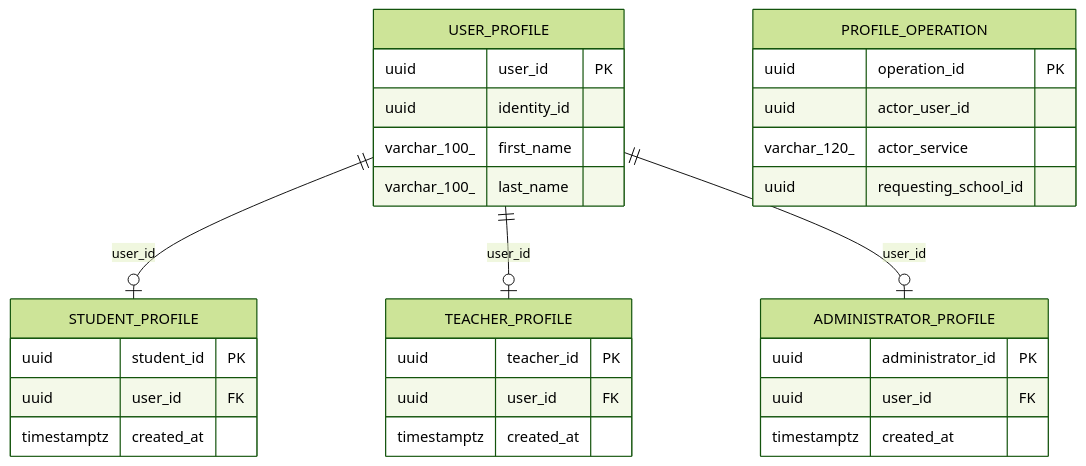
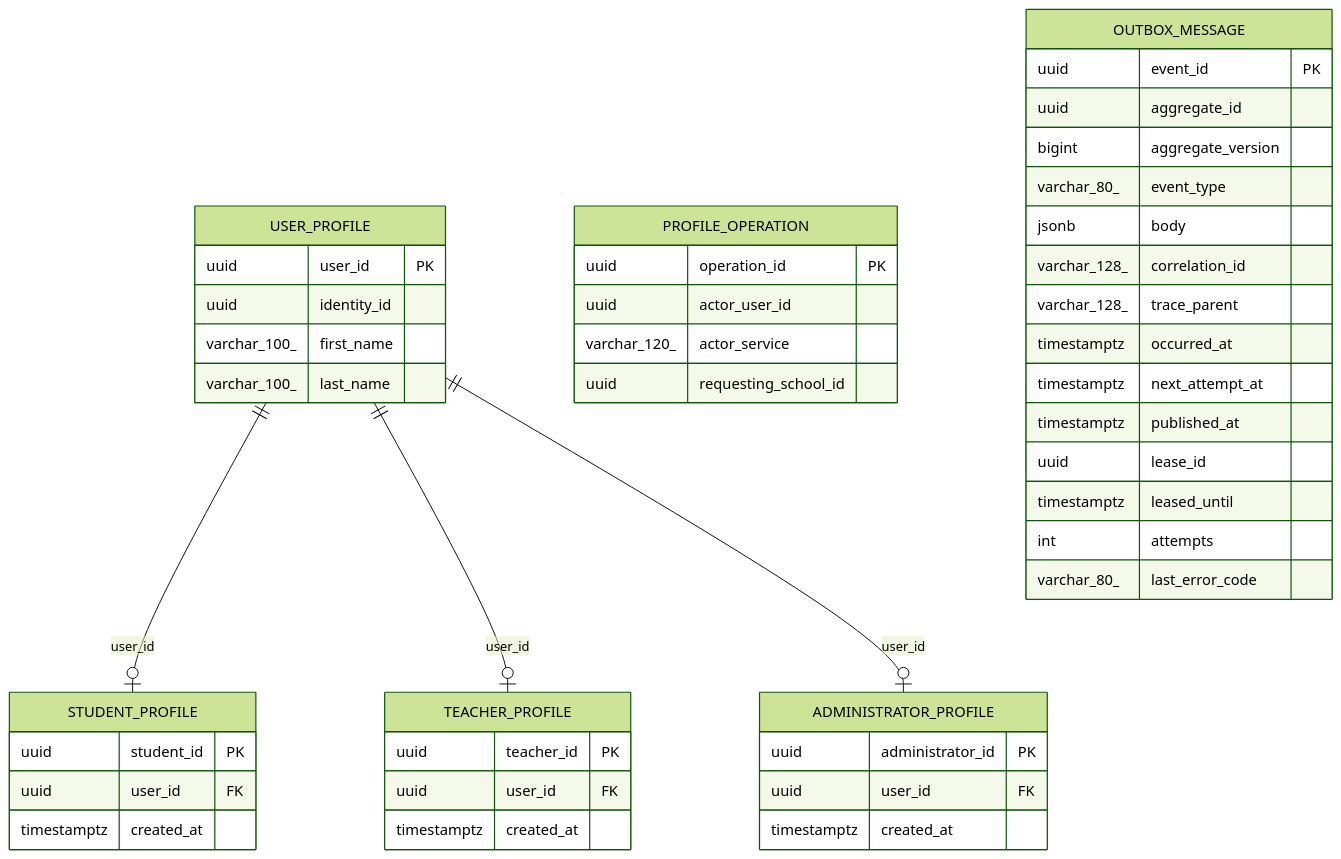
One commit to MikitaBeliayev-Diploma/Vairas.Docs changed the diagram in Database/user-management/schema/database-erd.md. Above: the diagram before and after it, drawn with Mermaid (forest theme). The commit also changed other lines of this file and 115 other files, not shown here.

````diff
--- a/Database/user-management/schema/database-erd.md
+++ b/Database/user-management/schema/database-erd.md
@@ -3,33 +3,49 @@
 ```mermaid
 erDiagram
   USER_PROFILE ||--o| STUDENT_PROFILE : "user_id"
   USER_PROFILE ||--o| TEACHER_PROFILE : "user_id"
   USER_PROFILE ||--o| ADMINISTRATOR_PROFILE : "user_id"
   USER_PROFILE {
     uuid user_id PK
     uuid identity_id
     varchar_100_ first_name
     varchar_100_ last_name
   }
   STUDENT_PROFILE {
     uuid student_id PK
     uuid user_id FK
     timestamptz created_at
   }
   TEACHER_PROFILE {
     uuid teacher_id PK
     uuid user_id FK
     timestamptz created_at
   }
   ADMINISTRATOR_PROFILE {
     uuid administrator_id PK
     uuid user_id FK
     timestamptz created_at
   }
   PROFILE_OPERATION {
     uuid operation_id PK
     uuid actor_user_id
     varchar_120_ actor_service
     uuid requesting_school_id
   }
+  OUTBOX_MESSAGE {
+    uuid event_id PK
+    uuid aggregate_id
+    bigint aggregate_version
+    varchar_80_ event_type
+    jsonb body
+    varchar_128_ correlation_id
+    varchar_128_ trace_parent
+    timestamptz occurred_at
+    timestamptz next_attempt_at
+    timestamptz published_at
+    uuid lease_id
+    timestamptz leased_until
+    int attempts
+    varchar_80_ last_error_code
+  }
 ```
````
